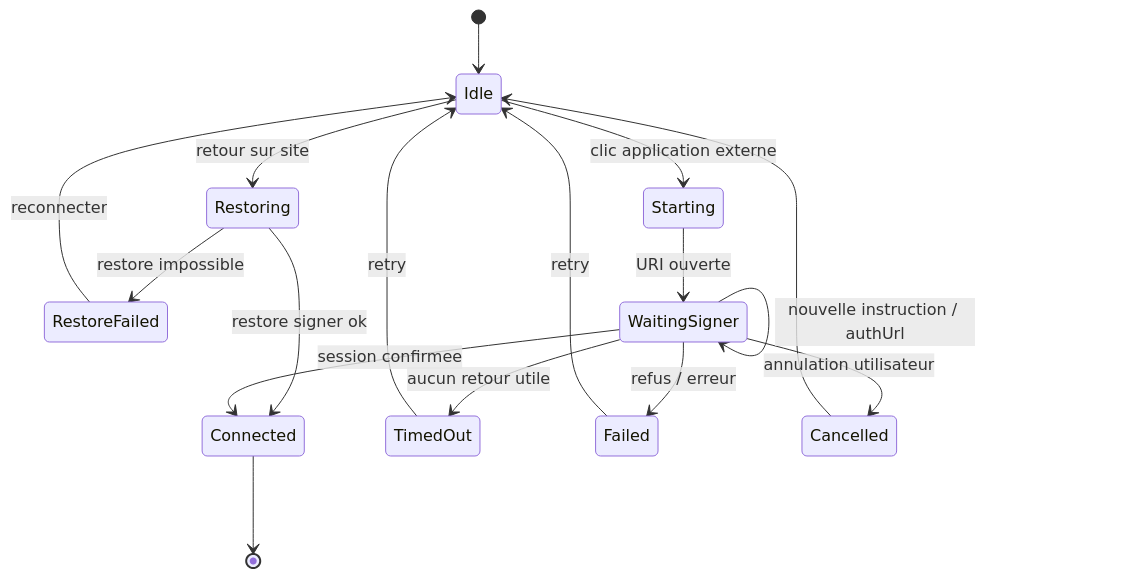
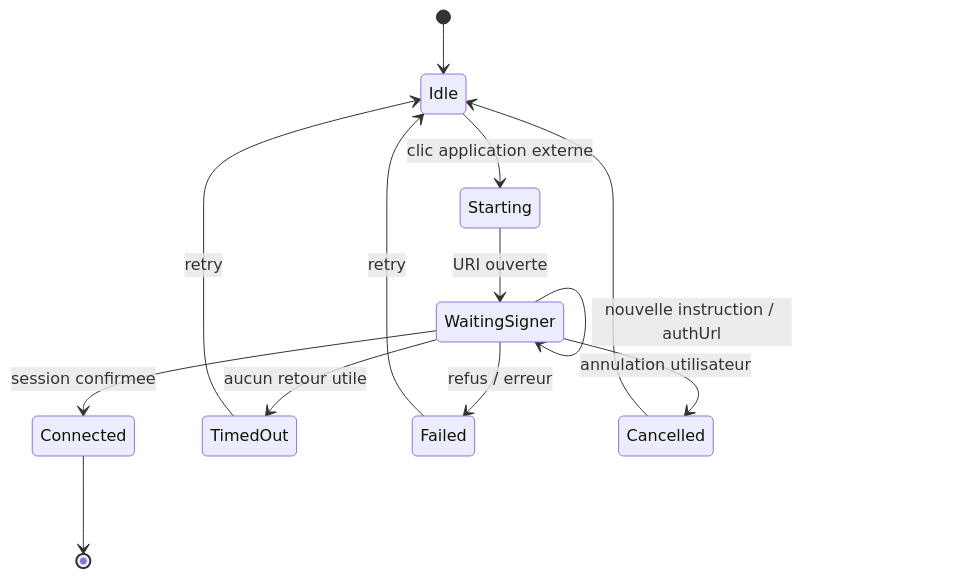
Before and after one commit to maxiim3/nostr-tools-ng-app: the third of 3 diagrams in docs/product/specs/auth-mobile-web.md, drawn with Mermaid. The commit also changed other lines of this file and 10 other files, not shown here.

````diff
--- a/docs/product/specs/auth-mobile-web.md
+++ b/docs/product/specs/auth-mobile-web.md
@@ -74,19 +76,15 @@
 ```mermaid
 stateDiagram-v2
   [*] --> Idle
-  Idle --> Restoring: retour sur site
-  Restoring --> Connected: restore signer ok
-  Restoring --> RestoreFailed: restore impossible
-  RestoreFailed --> Idle: reconnecter
   Idle --> Starting: clic application externe
   Starting --> WaitingSigner: URI ouverte
   WaitingSigner --> WaitingSigner: nouvelle instruction / authUrl
   WaitingSigner --> Connected: session confirmee
   WaitingSigner --> TimedOut: aucun retour utile
   WaitingSigner --> Failed: refus / erreur
   WaitingSigner --> Cancelled: annulation utilisateur
   TimedOut --> Idle: retry
   Failed --> Idle: retry
   Cancelled --> Idle
   Connected --> [*]
 ```
````
